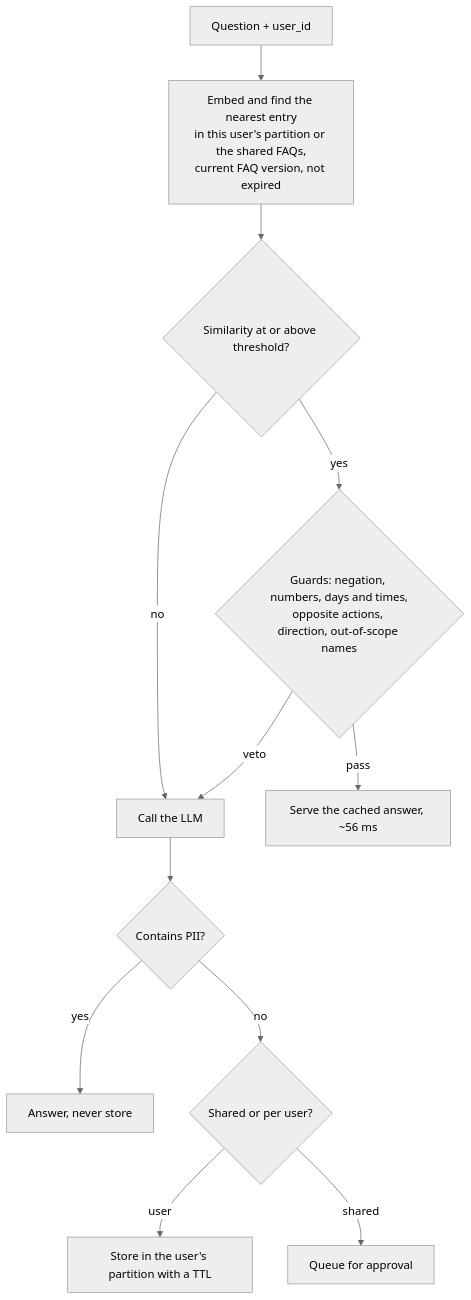
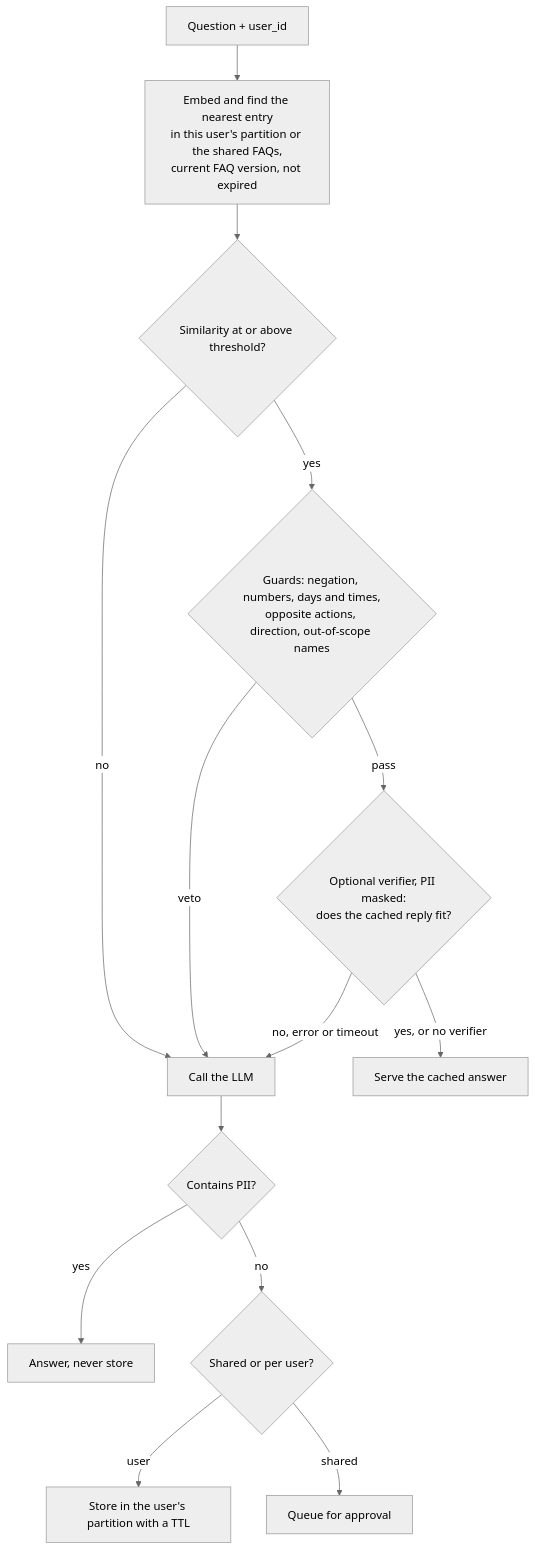
Before and after one commit to mohammedp010/pakka: the diagram in README.md, drawn with Mermaid (neutral theme). The commit also changed other lines of this file and 17 other files, not shown here.

First line of the commit message:
Phase 8.5: Qwen3-Embedding-0.6B by default and an optional verifier

````diff
--- a/README.md
+++ b/README.md
@@ -102,14 +176,16 @@
 ```mermaid
 flowchart TD
     Q[Question + user_id] --> E[Embed and find the nearest entry<br/>in this user's partition or the shared FAQs,<br/>current FAQ version, not expired]
     E --> T{Similarity at or above threshold?}
     T -- no --> L[Call the LLM]
     T -- yes --> G{Guards: negation, numbers, days and times,<br/>opposite actions, direction, out-of-scope names}
     G -- veto --> L
-    G -- pass --> H[Serve the cached answer, ~56 ms]
+    G -- pass --> V{Optional verifier, PII masked:<br/>does the cached reply fit?}
+    V -- no, error or timeout --> L
+    V -- yes, or no verifier --> H[Serve the cached answer]
     L --> P{Contains PII?}
     P -- yes --> N[Answer, never store]
     P -- no --> S{Shared or per user?}
     S -- user --> U[Store in the user's partition with a TTL]
     S -- shared --> A[Queue for approval]
 ```
````
